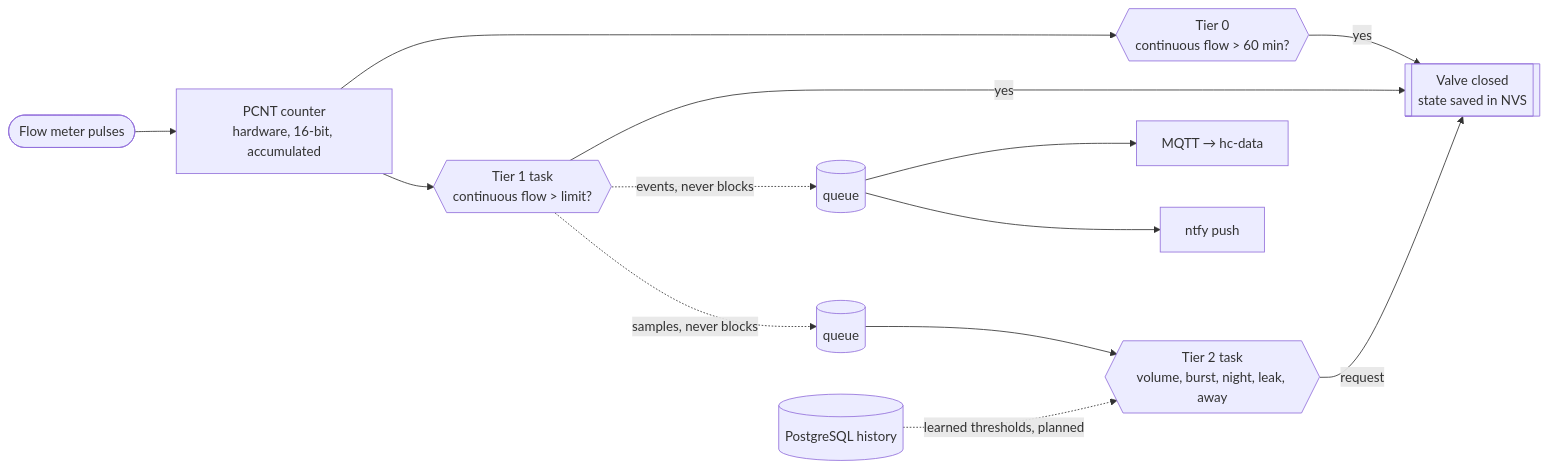
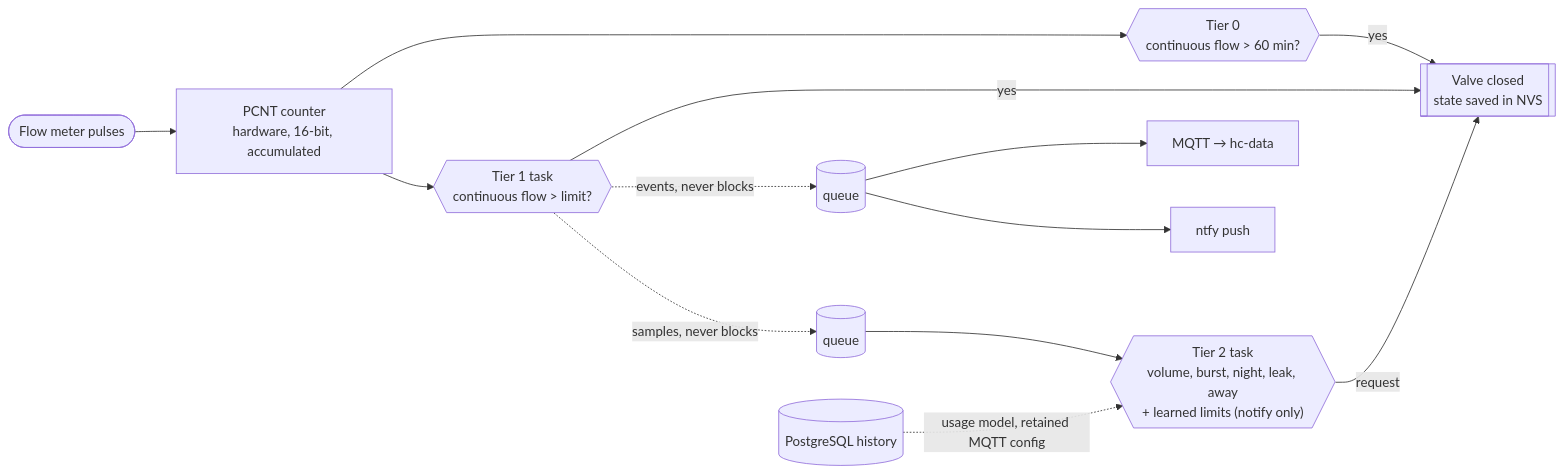
The first of 2 diagrams in README.md (tomekceszke/water-controller), drawn with Mermaid before and after one commit. The commit also changed other lines of this file and 23 other files, not shown here.

First line of the commit message:
Learned limits from per-hour maxima, capped under Tier 1; train off hc-data

````diff
--- a/README.md
+++ b/README.md
@@ -54,15 +57,15 @@
 ```mermaid
 flowchart LR
     meter([Flow meter pulses]) --> pcnt[PCNT counter<br/>hardware, 16-bit, accumulated]
     pcnt --> t0{{"Tier 0<br/>continuous flow > 60 min?"}}
     t0 -- yes --> valve
     pcnt --> t1{{"Tier 1 task<br/>continuous flow > limit?"}}
     t1 -- yes --> valve[[Valve closed<br/>state saved in NVS]]
     t1 -. samples, never blocks .-> q1[(queue)]
-    q1 --> t2{{"Tier 2 task<br/>volume, burst, night, leak, away"}}
+    q1 --> t2{{"Tier 2 task<br/>volume, burst, night, leak, away<br/>+ learned limits (notify only)"}}
     t2 -- request --> valve
     t1 -. events, never blocks .-> q2[(queue)]
     q2 --> mqtt[MQTT → hc-data]
     q2 --> ntfy[ntfy push]
-    server[(PostgreSQL history)] -. learned thresholds, planned .-> t2
+    server[(PostgreSQL history)] -. usage model, retained MQTT config .-> t2
 ```
````
